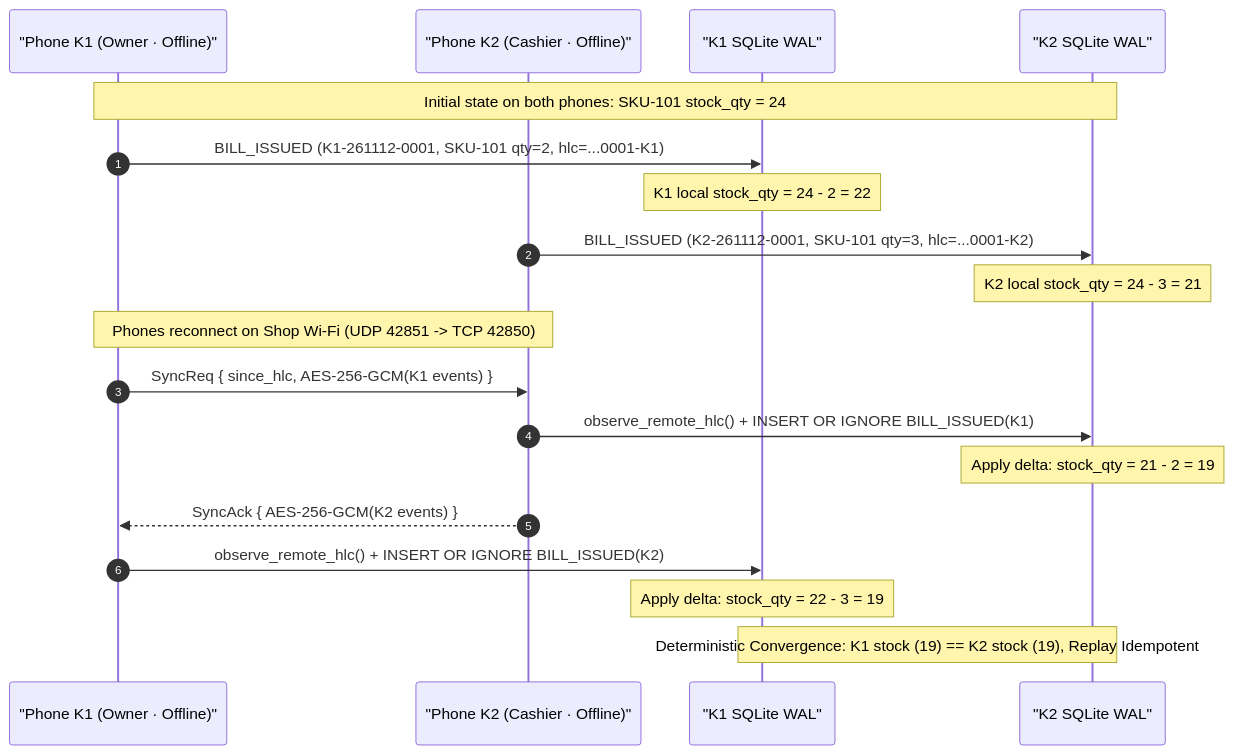
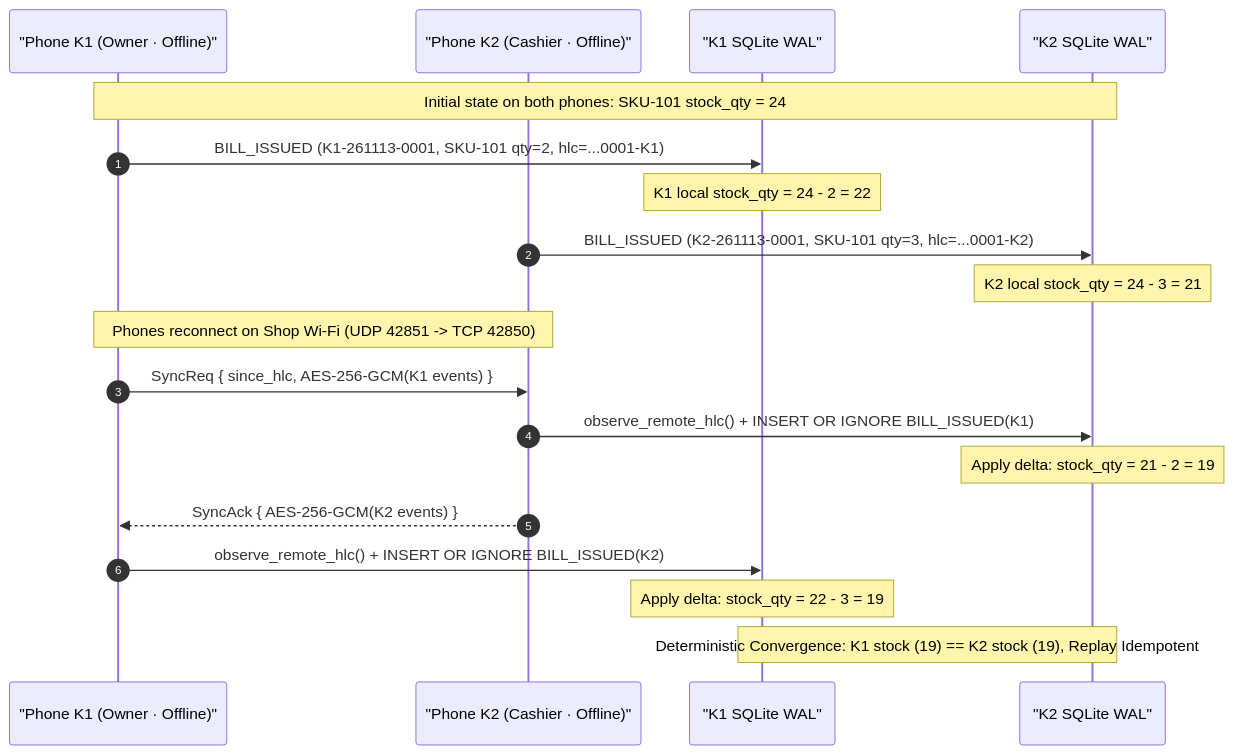
The second of 2 diagrams in README.md (thisissufian/kura-shop-sync), drawn with Mermaid before and after one commit. The commit also changed other lines of this file and 38 other files, not shown here.

````diff
--- a/README.md
+++ b/README.md
@@ -114,24 +151,24 @@
 ```mermaid
 sequenceDiagram
     autonumber
     participant K1 as "Phone K1 (Owner · Offline)"
     participant K2 as "Phone K2 (Cashier · Offline)"
     participant DB1 as "K1 SQLite WAL"
     participant DB2 as "K2 SQLite WAL"
 
     Note over K1,DB2: Initial state on both phones: SKU-101 stock_qty = 24
-    K1->>DB1: BILL_ISSUED (K1-261112-0001, SKU-101 qty=2, hlc=...0001-K1)
+    K1->>DB1: BILL_ISSUED (K1-261113-0001, SKU-101 qty=2, hlc=...0001-K1)
     Note over DB1: K1 local stock_qty = 24 - 2 = 22
-    K2->>DB2: BILL_ISSUED (K2-261112-0001, SKU-101 qty=3, hlc=...0001-K2)
+    K2->>DB2: BILL_ISSUED (K2-261113-0001, SKU-101 qty=3, hlc=...0001-K2)
     Note over DB2: K2 local stock_qty = 24 - 3 = 21
 
     Note over K1,K2: Phones reconnect on Shop Wi-Fi (UDP 42851 -> TCP 42850)
     K1->>K2: SyncReq { since_hlc, AES-256-GCM(K1 events) }
     K2->>DB2: observe_remote_hlc() + INSERT OR IGNORE BILL_ISSUED(K1)
     Note over DB2: Apply delta: stock_qty = 21 - 2 = 19
     K2-->>K1: SyncAck { AES-256-GCM(K2 events) }
     K1->>DB1: observe_remote_hlc() + INSERT OR IGNORE BILL_ISSUED(K2)
     Note over DB1: Apply delta: stock_qty = 22 - 3 = 19
 
     Note over DB1,DB2: Deterministic Convergence: K1 stock (19) == K2 stock (19), Replay Idempotent
 ```
````
